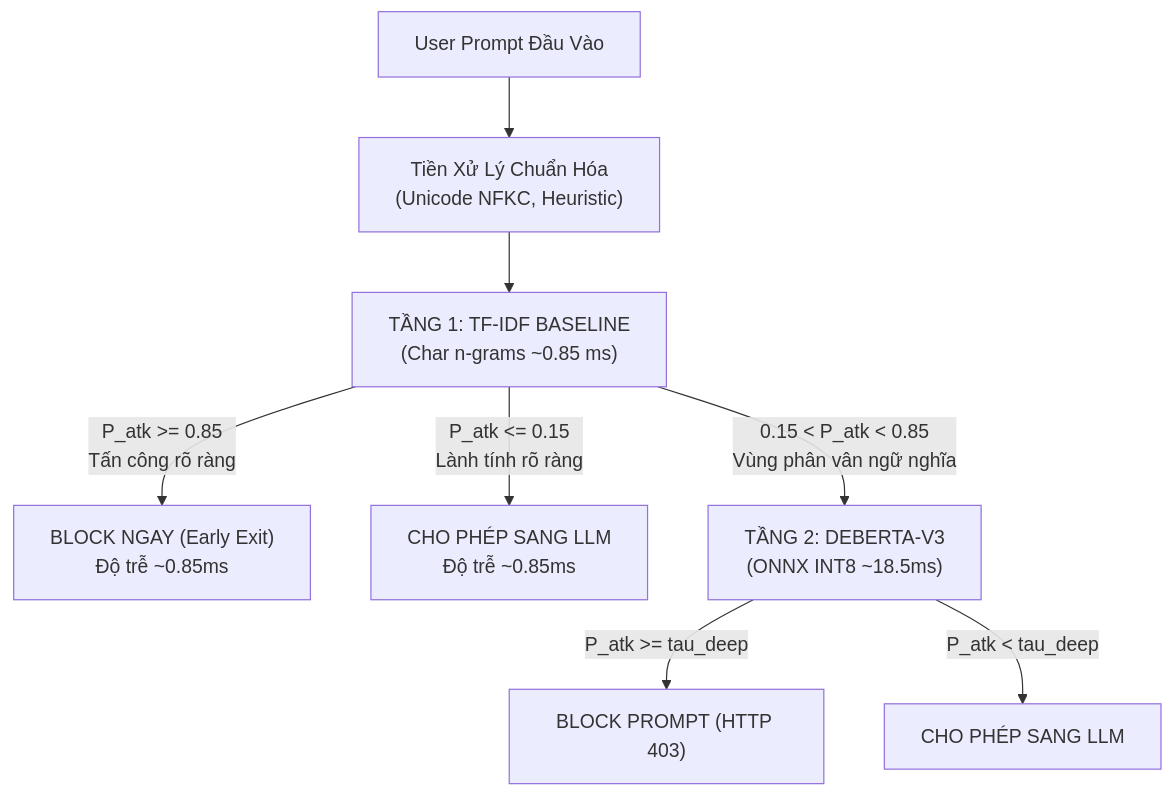
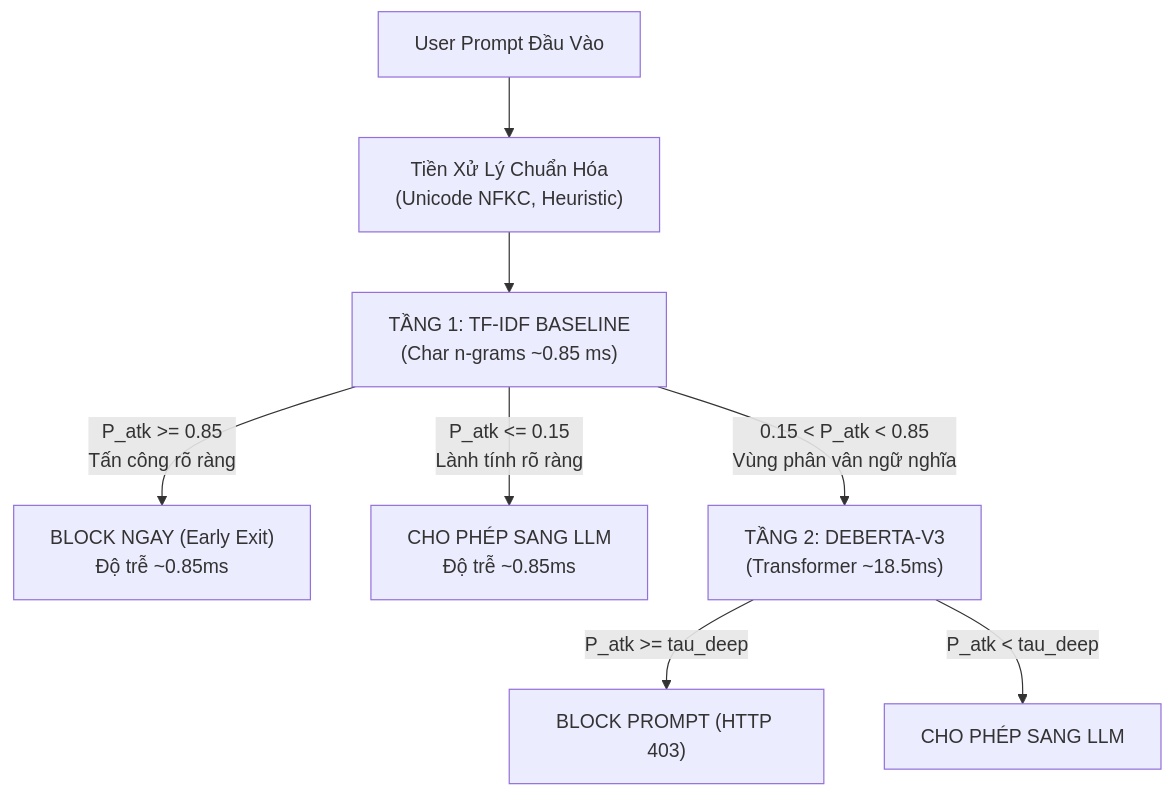
The diagram in Github-Page/models/two_tier_architecture.md (nvtruongops/pi-guard), drawn with Mermaid before and after one commit. The commit also changed other lines of this file and 184 other files, not shown here.

````diff
--- a/Github-Page/models/two_tier_architecture.md
+++ b/Github-Page/models/two_tier_architecture.md
@@ -45,15 +45,15 @@
 ```mermaid
 flowchart TD
     User["User Prompt Đầu Vào"]
     Sanitizer["Tiền Xử Lý Chuẩn Hóa<br/>(Unicode NFKC, Heuristic)"]
     Tier1["TẦNG 1: TF-IDF BASELINE<br/>(Char n-grams ~0.85 ms)"]
     
     User --> Sanitizer --> Tier1
     
     Tier1 -->|P_atk >= 0.85<br/>Tấn công rõ ràng| Block1["BLOCK NGAY (Early Exit)<br/>Độ trễ ~0.85ms"]
     Tier1 -->|P_atk <= 0.15<br/>Lành tính rõ ràng| Allow1["CHO PHÉP SANG LLM<br/>Độ trễ ~0.85ms"]
-    Tier1 -->|0.15 < P_atk < 0.85<br/>Vùng phân vân ngữ nghĩa| Tier2["TẦNG 2: DEBERTA-V3<br/>(ONNX INT8 ~18.5ms)"]
+    Tier1 -->|0.15 < P_atk < 0.85<br/>Vùng phân vân ngữ nghĩa| Tier2["TẦNG 2: DEBERTA-V3<br/>(Transformer ~18.5ms)"]
     
     Tier2 -->|P_atk >= tau_deep| Block2["BLOCK PROMPT (HTTP 403)"]
     Tier2 -->|P_atk < tau_deep| Allow2["CHO PHÉP SANG LLM"]
 ```
````
